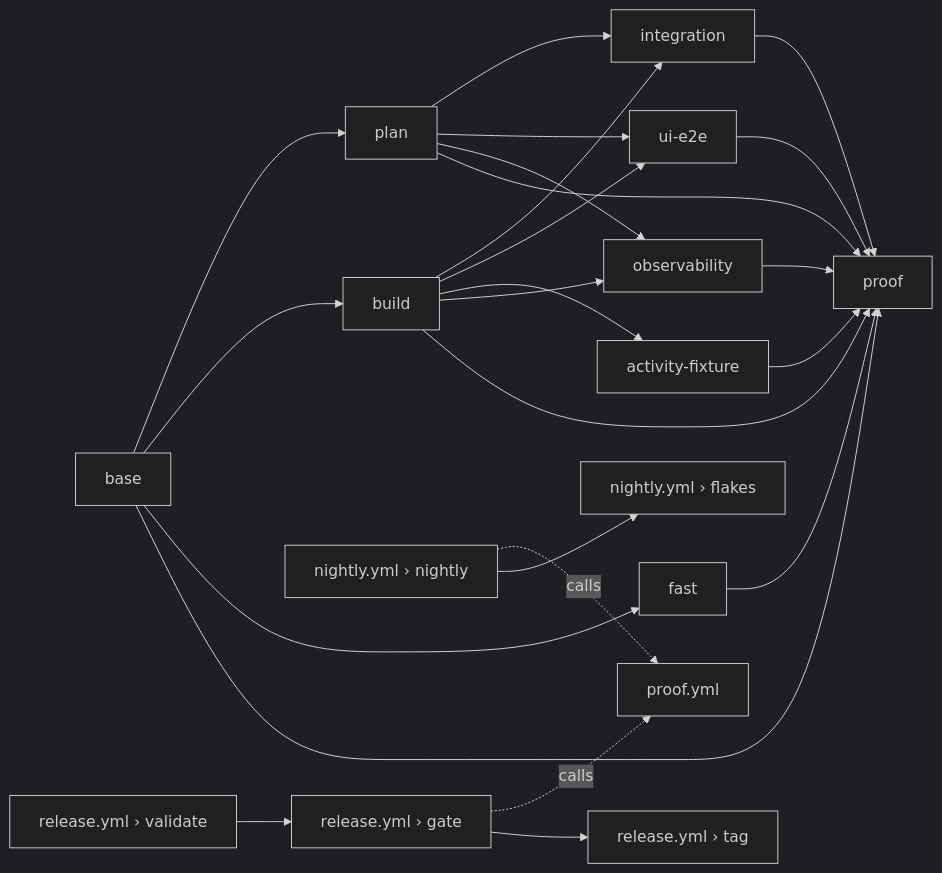
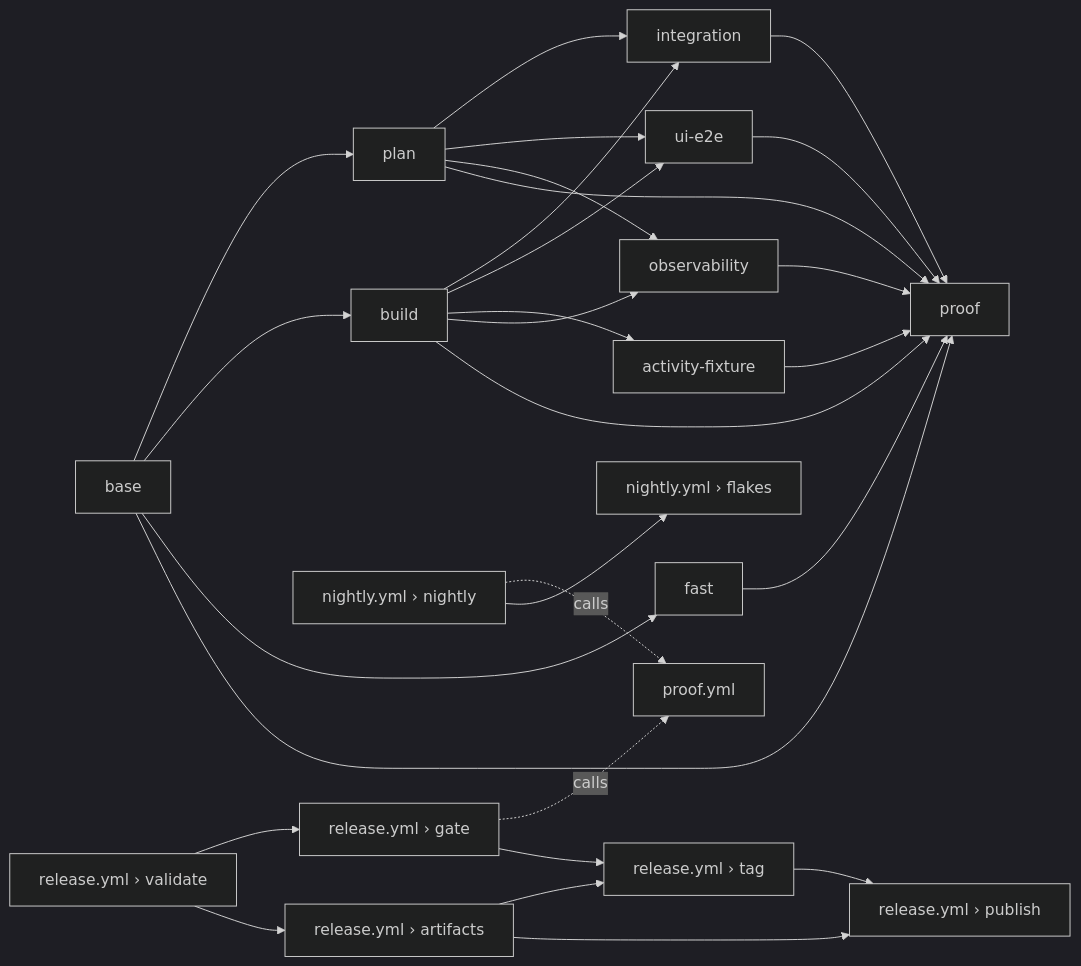
The diagram in docs/PROOFS.md (orkstack/orkstack), drawn with Mermaid (dark theme) before and after one commit. The commit also changed other lines of this file and 81 other files, not shown here.

````diff
--- a/docs/PROOFS.md
+++ b/docs/PROOFS.md
@@ -244,11 +244,13 @@
 ```mermaid
 flowchart LR
   base --> plan & build & fast
   plan --> integration & ui_e2e["ui-e2e"] & observability
   build --> integration & ui_e2e & activity_fixture["activity-fixture"] & observability
   base & plan & build & fast & integration & ui_e2e & activity_fixture & observability --> proof
   nightly["nightly.yml › nightly"] -. calls .-> callee["proof.yml"]
   gate["release.yml › gate"] -. calls .-> callee
   validate["release.yml › validate"] --> gate --> tag["release.yml › tag"]
+  validate --> artifacts["release.yml › artifacts"] --> tag --> publish["release.yml › publish"]
+  artifacts --> publish
   nightly --> flakes["nightly.yml › flakes"]
 ```
````
